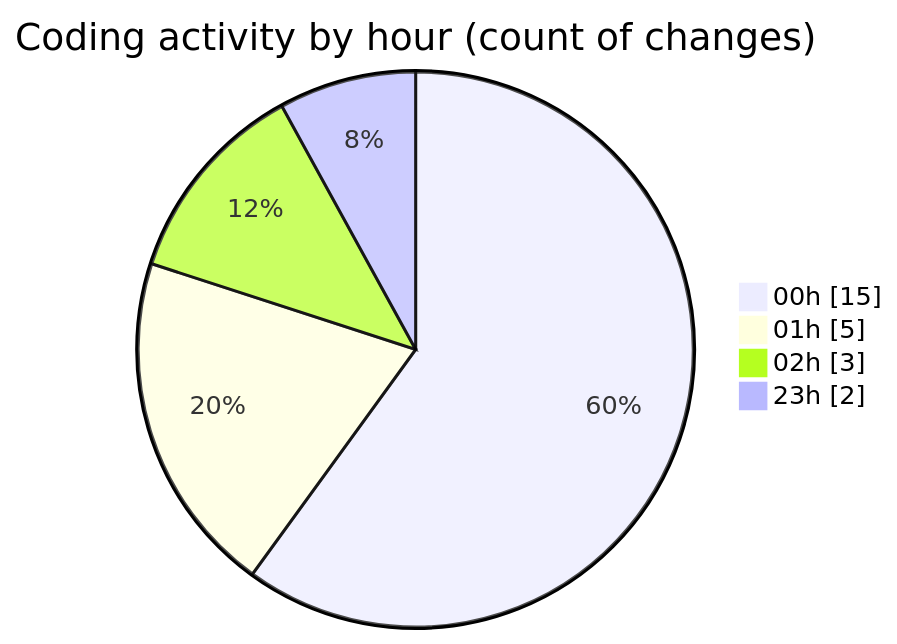
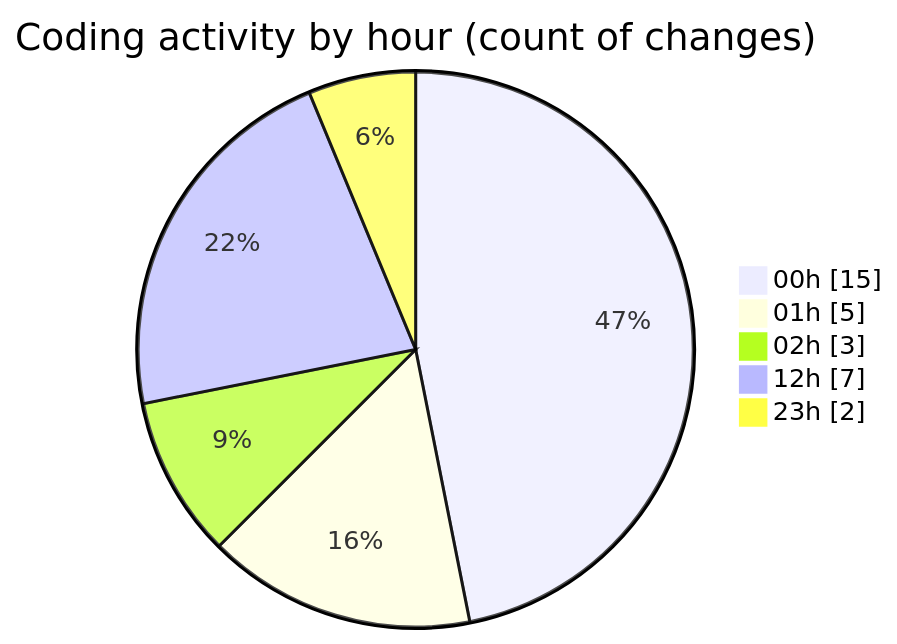
One commit to lephambinh05/code-tracking changed the second of 2 diagrams in 2025-08-13/rentotp/README.md. Above: the diagram before and after it, drawn with Mermaid. The commit also changed other lines of this file and 1 other file, not shown here.

````diff
--- a/2025-08-13/rentotp/README.md
+++ b/2025-08-13/rentotp/README.md
@@ -37,8 +39,9 @@
 ```mermaid
 pie showData
 title Coding activity by hour (count of changes)
 "00h" : 15
 "01h" : 5
 "02h" : 3
+"12h" : 7
 "23h" : 2
 ```
````
